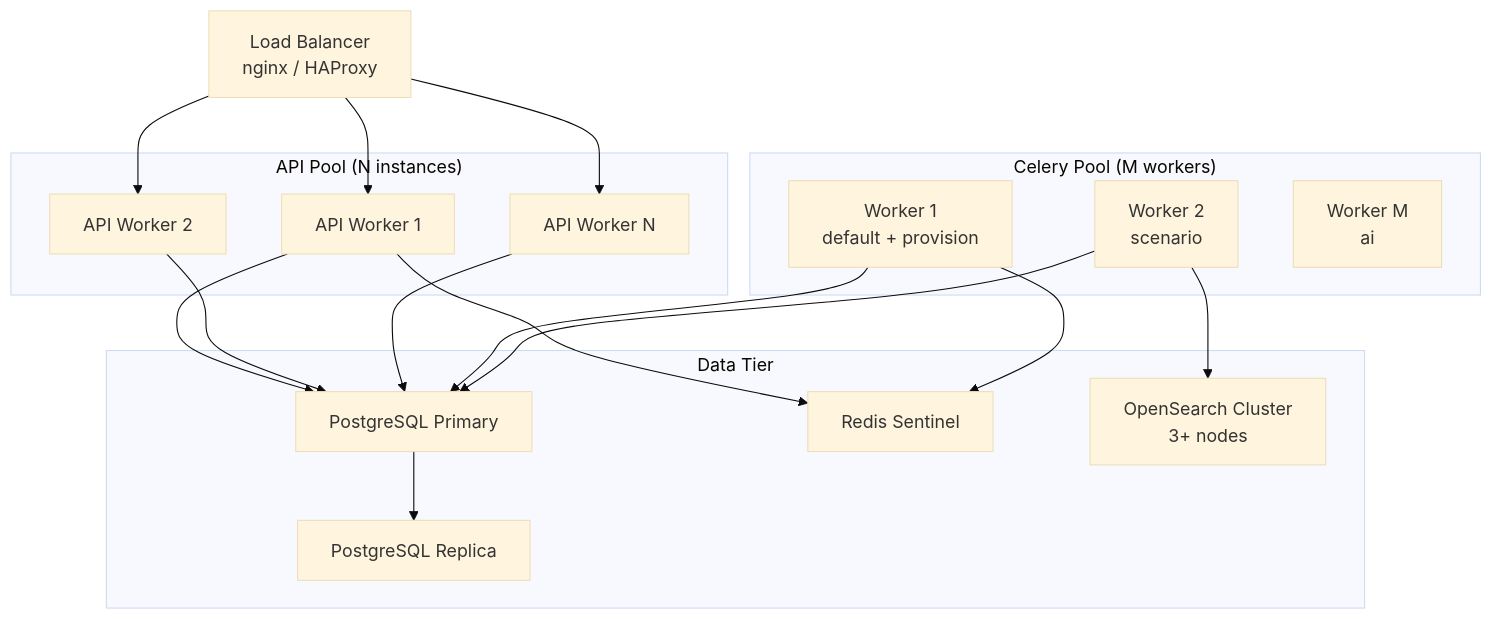
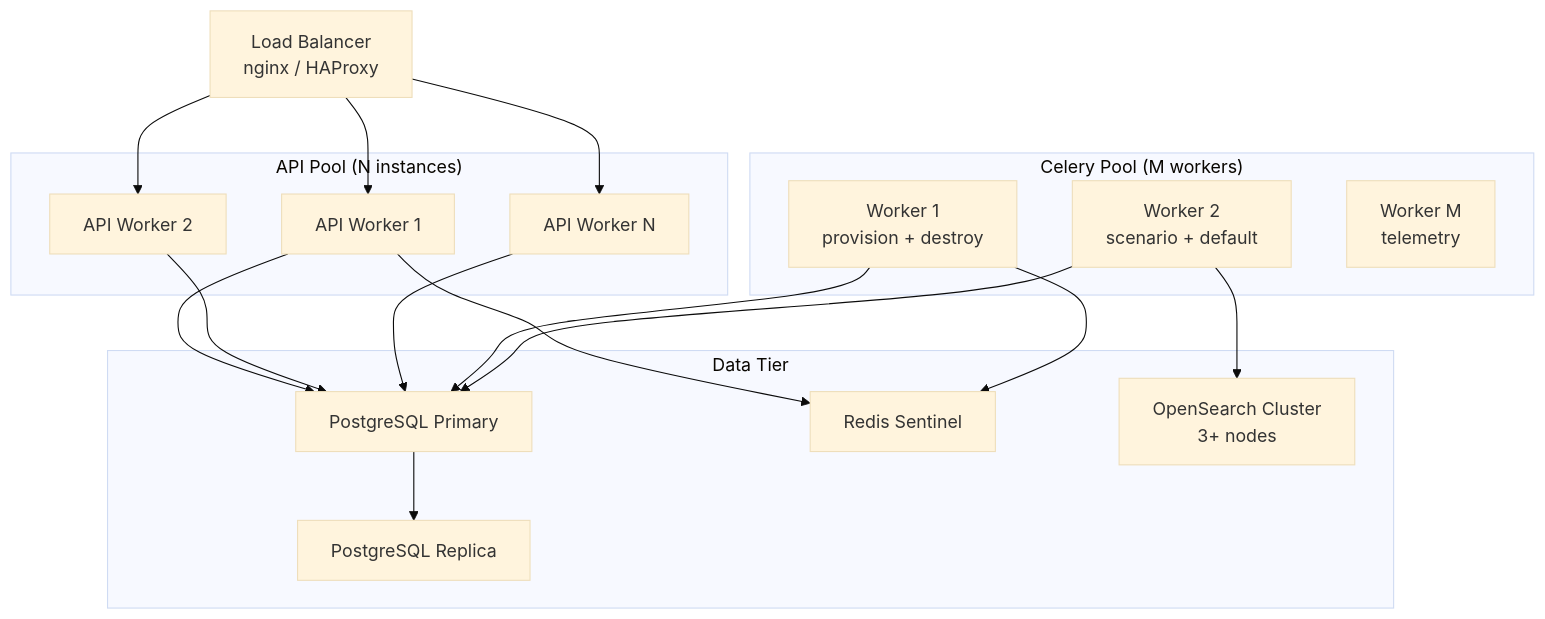
Before and after one commit to mblanke/TrueNorth: diagram 11 of 15 in docs/architecture.md, drawn with Mermaid (base theme). The commit also changed other lines of this file, not shown here.

Commit message:
uncommitted at end of run w-dc-architecture-r1 (collected by tn-run.sh)

````diff
--- a/docs/architecture.md
+++ b/docs/architecture.md
@@ -608,36 +626,36 @@
 ```mermaid
 graph TB
     LB["Load Balancer<br/>nginx / HAProxy"]
     
     subgraph "API Pool (N instances)"
         API1["API Worker 1"]
         API2["API Worker 2"]
         API3["API Worker N"]
     end
 
     subgraph "Celery Pool (M workers)"
-        W1["Worker 1<br/>default + provision"]
-        W2["Worker 2<br/>scenario"]
-        W3["Worker M<br/>ai"]
+        W1["Worker 1<br/>provision + destroy"]
+        W2["Worker 2<br/>scenario + default"]
+        W3["Worker M<br/>telemetry"]
     end
 
     subgraph "Data Tier"
         PG_PRIMARY["PostgreSQL Primary"]
         PG_REPLICA["PostgreSQL Replica"]
         REDIS_CLUSTER["Redis Sentinel"]
         OS_CLUSTER["OpenSearch Cluster<br/>3+ nodes"]
     end
 
     LB --> API1
     LB --> API2
     LB --> API3
     API1 --> PG_PRIMARY
     API2 --> PG_PRIMARY
     API3 --> PG_PRIMARY
     PG_PRIMARY --> PG_REPLICA
     API1 --> REDIS_CLUSTER
     W1 --> REDIS_CLUSTER
     W1 --> PG_PRIMARY
     W2 --> PG_PRIMARY
     W2 --> OS_CLUSTER
 ```
````
